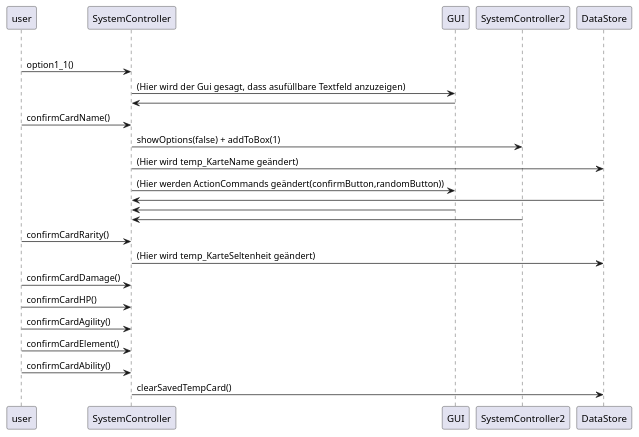
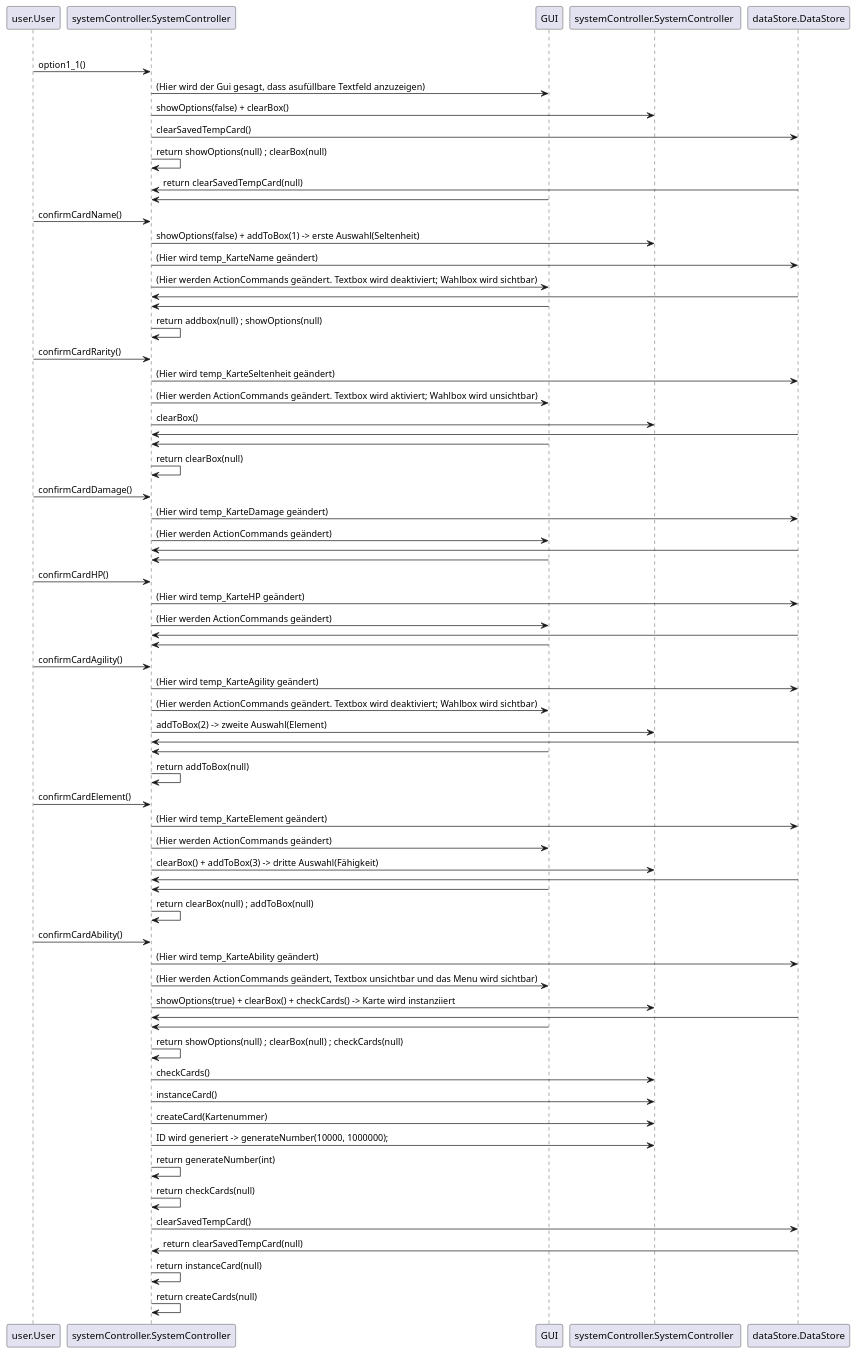
One commit to teach404W/Verwaltungssoftware_Team_2 changed the diagram in Docs/Pflichtenheft/Diagramme/Seque.iuml. Above: the diagram before and after it, drawn with PlantUML. The commit also changed 1 other file, not shown here.

```diff
--- a/Docs/Pflichtenheft/Diagramme/Seque.iuml
+++ b/Docs/Pflichtenheft/Diagramme/Seque.iuml
@@ -1,22 +1,78 @@
 @startuml 
 ' You can also declare:
 group Karte anlegen [Karte anlegen]
-    user -> "SystemController" : option1_1()
-    SystemController -> "GUI" : (Hier wird der Gui gesagt, dass asufüllbare Textfeld anzuzeigen)
-    GUI -> "SystemController" : 
-    user -> "SystemController" : confirmCardName()
-    SystemController -> "SystemController2" : showOptions(false) + addToBox(1)
-    SystemController -> DataStore : (Hier wird temp_KarteName geändert)
-    SystemController -> GUI : (Hier werden ActionCommands geändert(confirmButton,randomButton))
-    DataStore -> SystemController
-    GUI -> SystemController
-    SystemController2 -> "SystemController" : 
-    user -> "SystemController" : confirmCardRarity()
-        SystemController -> DataStore : (Hier wird temp_KarteSeltenheit geändert)
-    user -> "SystemController" : confirmCardDamage()
-    user -> "SystemController" : confirmCardHP()
-    user -> "SystemController" : confirmCardAgility()
-    user -> "SystemController" : confirmCardElement()
-    user -> "SystemController" : confirmCardAbility()
-    SystemController -> "DataStore" : clearSavedTempCard()
+    user.User -> "systemController.SystemController" : option1_1()
+    systemController.SystemController -> "GUI" : (Hier wird der Gui gesagt, dass asufüllbare Textfeld anzuzeigen)
+    systemController.SystemController -> "systemController.SystemController " : showOptions(false) + clearBox()
+    systemController.SystemController -> "dataStore.DataStore" : clearSavedTempCard()
+    systemController.SystemController  -> "systemController.SystemController" : return showOptions(null) ; clearBox(null)
+    dataStore.DataStore -> "systemController.SystemController" : return clearSavedTempCard(null)
+
+    GUI -> "systemController.SystemController" : 
+    user.User -> "systemController.SystemController" : confirmCardName()
+        systemController.SystemController -> "systemController.SystemController " : showOptions(false) + addToBox(1) -> erste Auswahl(Seltenheit)
+        systemController.SystemController -> dataStore.DataStore : (Hier wird temp_KarteName geändert)
+        systemController.SystemController -> GUI : (Hier werden ActionCommands geändert. Textbox wird deaktiviert; Wahlbox wird sichtbar)
+        dataStore.DataStore -> systemController.SystemController
+        GUI -> systemController.SystemController
+        systemController.SystemController  -> "systemController.SystemController" : return addbox(null) ; showOptions(null)
+
+    user.User -> "systemController.SystemController" : confirmCardRarity()
+        systemController.SystemController -> dataStore.DataStore : (Hier wird temp_KarteSeltenheit geändert)
+        systemController.SystemController -> GUI : (Hier werden ActionCommands geändert. Textbox wird aktiviert; Wahlbox wird unsichtbar)
+        systemController.SystemController -> "systemController.SystemController " : clearBox()
+        dataStore.DataStore -> systemController.SystemController
+        GUI -> systemController.SystemController
+        systemController.SystemController  -> "systemController.SystemController" : return clearBox(null)
+
+    user.User -> "systemController.SystemController" : confirmCardDamage()
+        systemController.SystemController -> dataStore.DataStore : (Hier wird temp_KarteDamage geändert)
+        systemController.SystemController -> GUI : (Hier werden ActionCommands geändert)
+        dataStore.DataStore -> systemController.SystemController
+        GUI -> systemController.SystemController
+
+    user.User -> "systemController.SystemController" : confirmCardHP()
+        systemController.SystemController -> dataStore.DataStore : (Hier wird temp_KarteHP geändert)
+        systemController.SystemController -> GUI : (Hier werden ActionCommands geändert)
+        dataStore.DataStore -> systemController.SystemController
+        GUI -> systemController.SystemController
+
+    user.User -> "systemController.SystemController" : confirmCardAgility()
+
+        systemController.SystemController -> dataStore.DataStore : (Hier wird temp_KarteAgility geändert)
+        systemController.SystemController -> GUI : (Hier werden ActionCommands geändert. Textbox wird deaktiviert; Wahlbox wird sichtbar)
+        systemController.SystemController -> "systemController.SystemController " : addToBox(2) -> zweite Auswahl(Element)
+        dataStore.DataStore -> systemController.SystemController
+        GUI -> systemController.SystemController
+        systemController.SystemController  -> "systemController.SystemController" : return addToBox(null)
+
+    user.User -> "systemController.SystemController" : confirmCardElement()
+        systemController.SystemController -> dataStore.DataStore : (Hier wird temp_KarteElement geändert)
+        systemController.SystemController -> GUI : (Hier werden ActionCommands geändert)
+        systemController.SystemController -> "systemController.SystemController " : clearBox() + addToBox(3) -> dritte Auswahl(Fähigkeit)
+        dataStore.DataStore -> systemController.SystemController
+        GUI -> systemController.SystemController
+        systemController.SystemController  -> "systemController.SystemController" : return clearBox(null) ; addToBox(null)
+
+    user.User -> "systemController.SystemController" : confirmCardAbility()
+
+        systemController.SystemController -> dataStore.DataStore : (Hier wird temp_KarteAbility geändert)
+        systemController.SystemController -> GUI : (Hier werden ActionCommands geändert, Textbox unsichtbar und das Menu wird sichtbar)
+        systemController.SystemController -> "systemController.SystemController " : showOptions(true) + clearBox() + checkCards() -> Karte wird instanziiert
+        dataStore.DataStore -> systemController.SystemController
+        GUI -> systemController.SystemController
+        systemController.SystemController  -> "systemController.SystemController" : return showOptions(null) ; clearBox(null) ; checkCards(null)
+
+        systemController.SystemController -> "systemController.SystemController " : checkCards()
+        systemController.SystemController -> "systemController.SystemController " : instanceCard()
+        systemController.SystemController -> "systemController.SystemController " : createCard(Kartenummer)
+        systemController.SystemController -> "systemController.SystemController " : ID wird generiert -> generateNumber(10000, 1000000);
+        systemController.SystemController  -> "systemController.SystemController" : return generateNumber(int)
+        systemController.SystemController  -> "systemController.SystemController" : return checkCards(null)
+        systemController.SystemController -> "dataStore.DataStore" : clearSavedTempCard()
+        dataStore.DataStore -> "systemController.SystemController" : return clearSavedTempCard(null)
+        systemController.SystemController  -> "systemController.SystemController" : return instanceCard(null)
+        systemController.SystemController  -> "systemController.SystemController" : return createCards(null)
+
+
 @enduml
```
